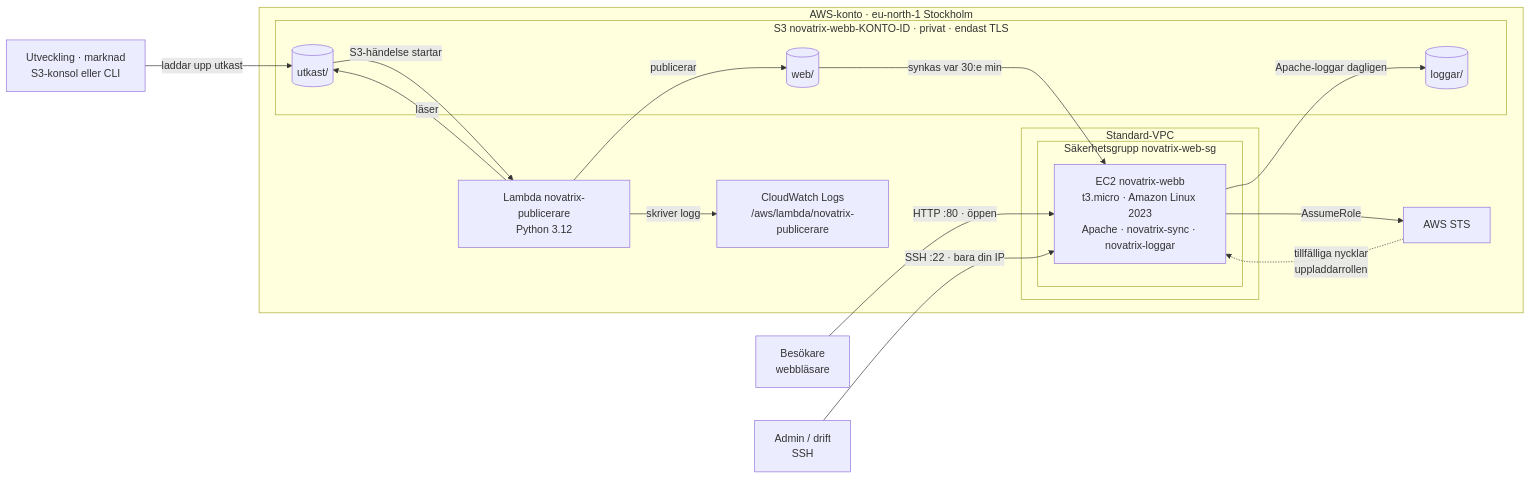
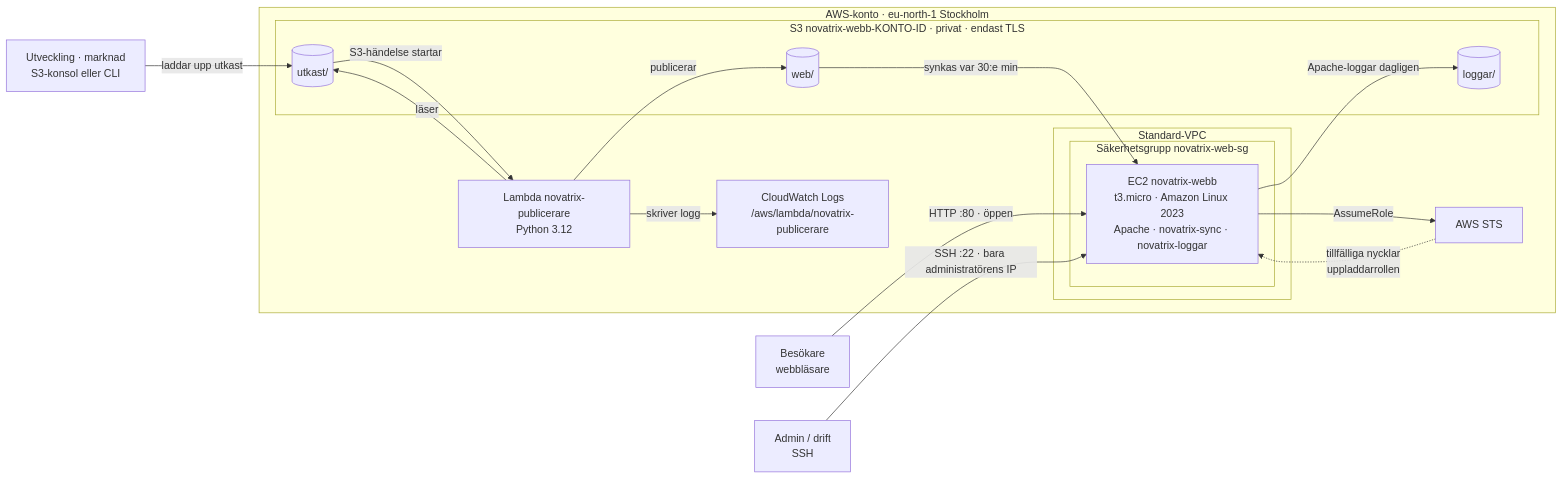
The second of 2 diagrams in V43/README.md (03timnor/AWS_MOV25), drawn with Mermaid before and after one commit. The commit also changed other lines of this file, not shown here.

````diff
--- a/V43/README.md
+++ b/V43/README.md
@@ -1505,36 +1505,36 @@
 ```mermaid
 flowchart LR
     besok["Besökare<br/>webbläsare"]
     admin["Admin / drift<br/>SSH"]
     team["Utveckling · marknad<br/>S3-konsol eller CLI"]
 
     subgraph aws["AWS-konto · eu-north-1 Stockholm"]
         subgraph vpc["Standard-VPC"]
             subgraph sg["Säkerhetsgrupp novatrix-web-sg"]
                 ec2["EC2 novatrix-webb<br/>t3.micro · Amazon Linux 2023<br/>Apache · novatrix-sync · novatrix-loggar"]
             end
         end
 
         subgraph s3["S3 novatrix-webb-KONTO-ID · privat · endast TLS"]
             utkast[("utkast/")]
             web[("web/")]
             loggar[("loggar/")]
         end
 
         lambda["Lambda novatrix-publicerare<br/>Python 3.12"]
         cw["CloudWatch Logs<br/>/aws/lambda/novatrix-publicerare"]
         sts["AWS STS"]
     end
 
     besok -->|"HTTP :80 · öppen"| ec2
-    admin -->|"SSH :22 · bara din IP"| ec2
+    admin -->|"SSH :22 · bara administratörens IP"| ec2
     team -->|"laddar upp utkast"| utkast
     utkast -->|"S3-händelse startar"| lambda
     lambda -->|"läser"| utkast
     lambda -->|"publicerar"| web
     lambda -->|"skriver logg"| cw
     web -->|"synkas var 30:e min"| ec2
     ec2 -->|"AssumeRole"| sts
     sts -.->|"tillfälliga nycklar<br/>uppladdarrollen"| ec2
     ec2 -->|"Apache-loggar dagligen"| loggar
 ```
````
